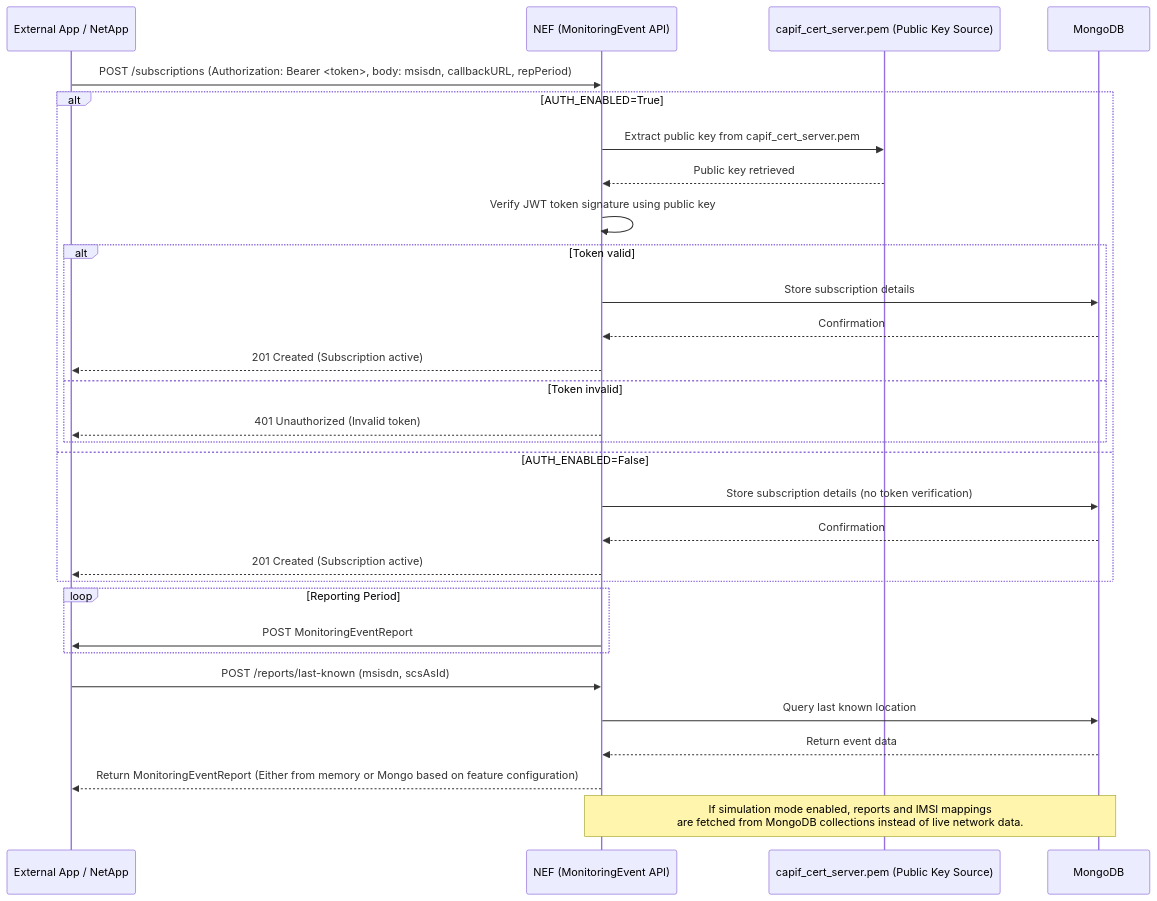
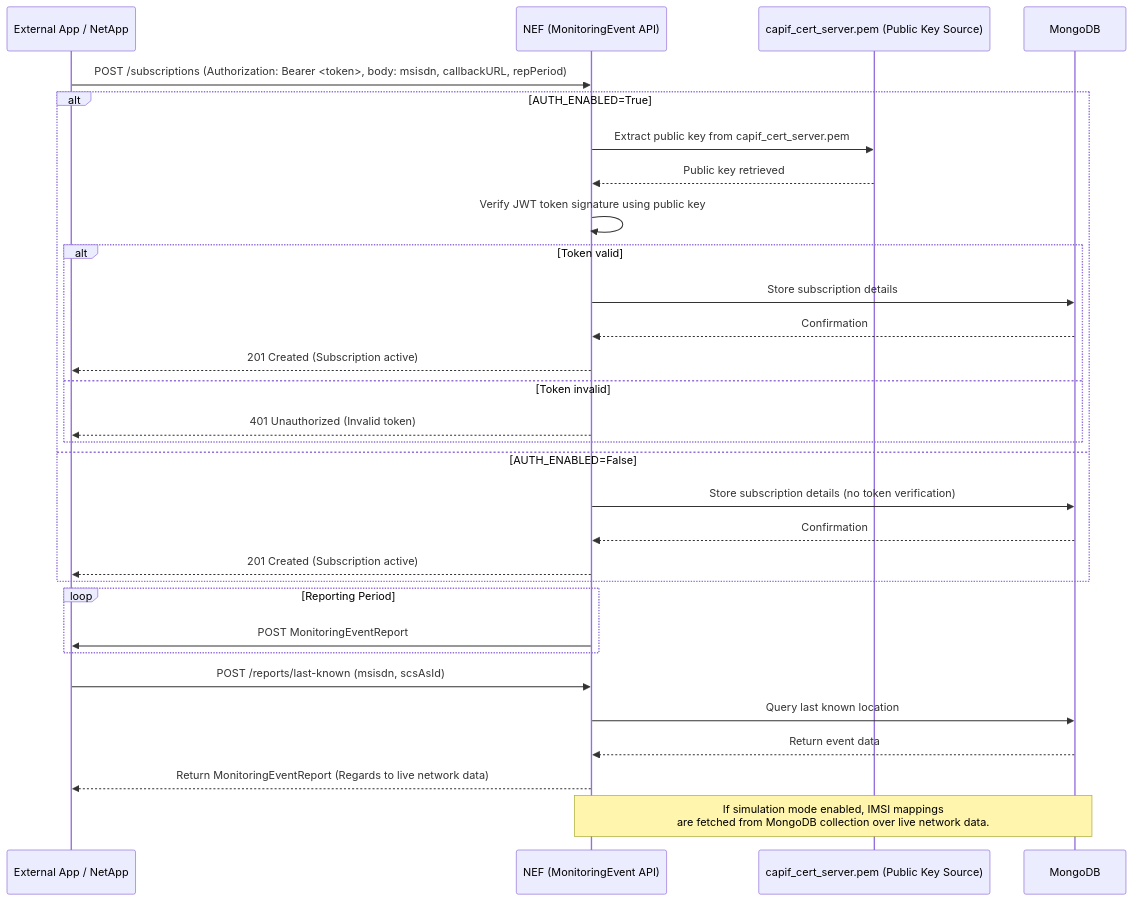
Before and after one commit to FRONT-research-group/NEF: the diagram in README.md, drawn with Mermaid. The commit also changed other lines of this file, not shown here.

Commit message:
Clarify MongoDB entries and simulation mode in README
Updated README to clarify database entries and simulation mode behavior.

````diff
--- a/README.md
+++ b/README.md
@@ -120,36 +120,36 @@
 ```mermaid
 sequenceDiagram
     participant Client as External App / NetApp
     participant NEF as NEF (MonitoringEvent API)
     participant CAPIF as capif_cert_server.pem (Public Key Source)
     participant Mongo as MongoDB
 
     Client->>NEF: POST /subscriptions (Authorization: Bearer <token>, body: msisdn, callbackURL, repPeriod)
     alt AUTH_ENABLED=True
         NEF->>CAPIF: Extract public key from capif_cert_server.pem
         CAPIF-->>NEF: Public key retrieved
         NEF->>NEF: Verify JWT token signature using public key
         alt Token valid
             NEF->>Mongo: Store subscription details
             Mongo-->>NEF: Confirmation
             NEF-->>Client: 201 Created (Subscription active)
         else Token invalid
             NEF-->>Client: 401 Unauthorized (Invalid token)
         end
     else AUTH_ENABLED=False
         NEF->>Mongo: Store subscription details (no token verification)
         Mongo-->>NEF: Confirmation
         NEF-->>Client: 201 Created (Subscription active)
     end
 
     loop Reporting Period
         NEF->>Client: POST MonitoringEventReport
     end
 
     Client->>NEF: POST /reports/last-known (msisdn, scsAsId)
     NEF->>Mongo: Query last known location
     Mongo-->>NEF: Return event data
-    NEF-->>Client: Return MonitoringEventReport (Either from memory or Mongo based on feature configuration)
+    NEF-->>Client: Return MonitoringEventReport (Regards to live network data)
 
-    Note over NEF,Mongo: If simulation mode enabled, reports and IMSI mappings<br>are fetched from MongoDB collections instead of live network data.
+    Note over NEF,Mongo: If simulation mode enabled, IMSI mappings<br>are fetched from MongoDB collection over live network data.
 ```
````
